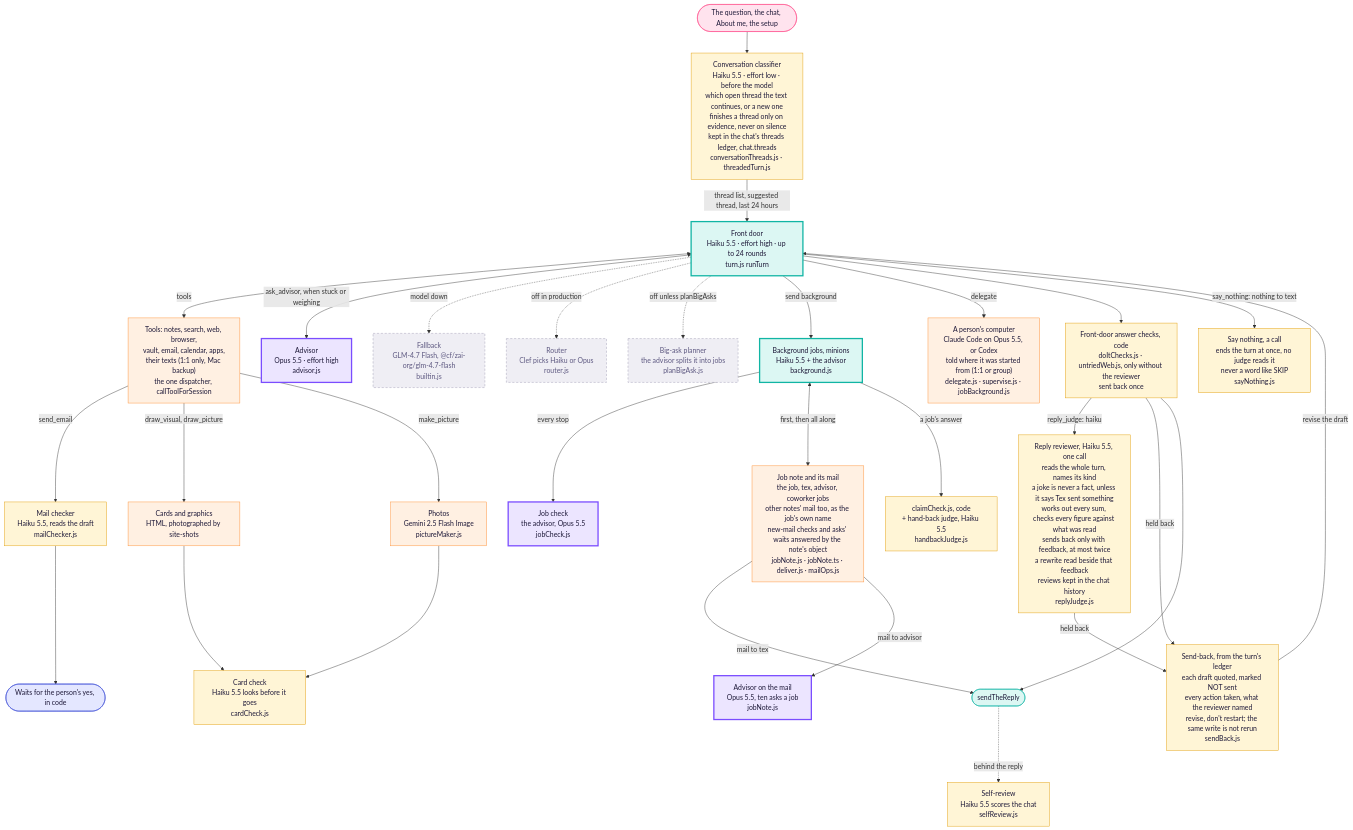
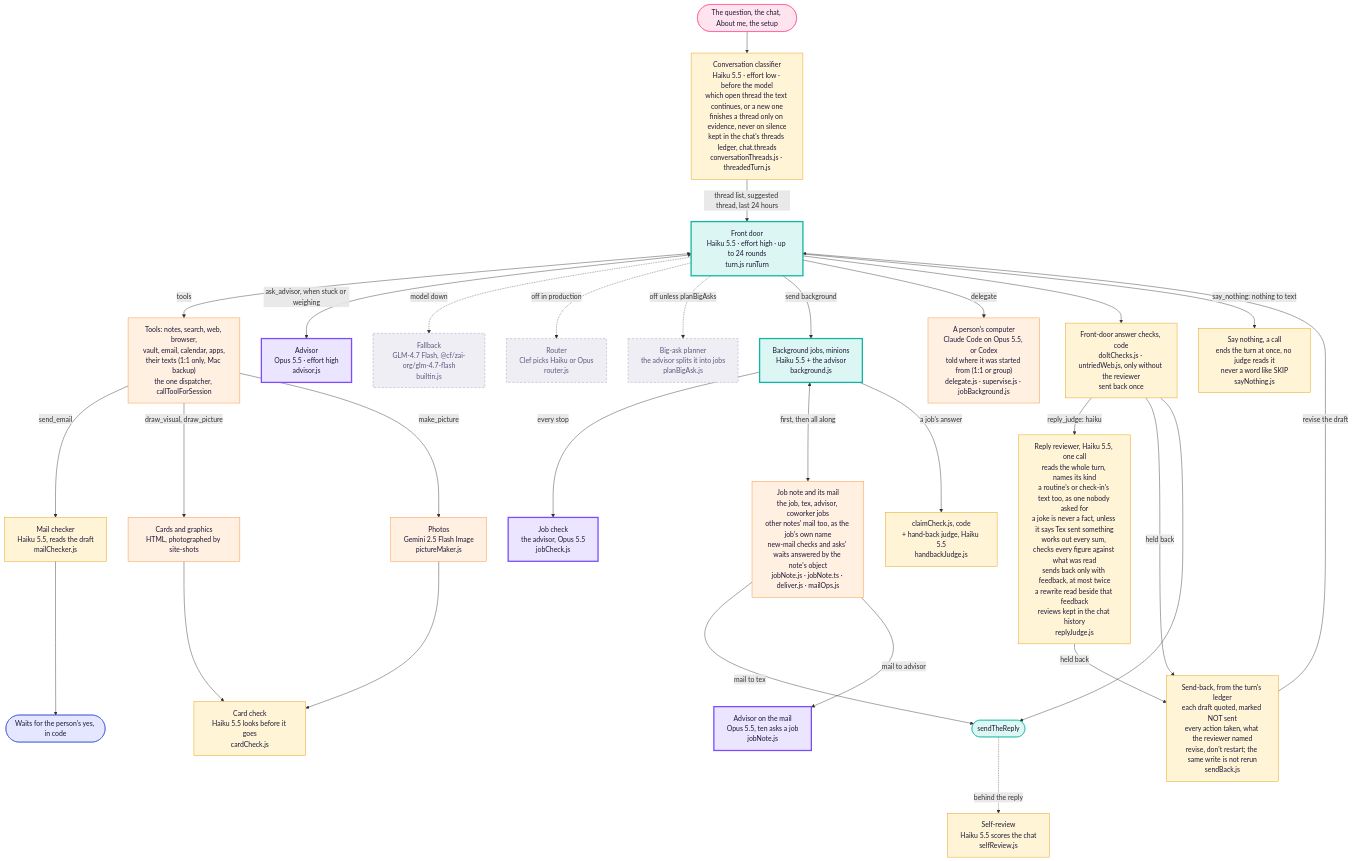
Before and after one commit to Supa-Media/context: the third of 3 diagrams in docs/architecture/tex.md, drawn with Mermaid. The commit also changed other lines of this file and 8 other files, not shown here.

````diff
--- a/docs/architecture/tex.md
+++ b/docs/architecture/tex.md
@@ -112,45 +112,45 @@
 ```mermaid
 flowchart TB
   Q([The question, the chat, About me, the setup]):::you --> CL
   CL["Conversation classifier<br/>Haiku 5.5 · effort low · before the model<br/>which open thread the text continues, or a new one<br/>finishes a thread only on evidence, never on silence<br/>kept in the chat's threads ledger, chat.threads<br/>conversationThreads.js · threadedTurn.js"]:::judge
   CL -->|thread list, suggested thread, last 24 hours| FD
   FD["Front door<br/>Haiku 5.5 · effort high · up to 24 rounds<br/>turn.js runTurn"]:::haiku
   FD <-->|tools| T["Tools: notes, search, web, browser,<br/>vault, email, calendar, apps,<br/>their texts (1:1 only, Mac backup)<br/>the one dispatcher, callToolForSession"]:::tool
   FD <-->|ask_advisor, when stuck or weighing| ADV["Advisor<br/>Opus 5.5 · effort high<br/>advisor.js"]:::opus
   FD -. model down .-> FB["Fallback<br/>GLM-4.7 Flash, @cf/zai-org/glm-4.7-flash<br/>builtin.js"]:::off
   FD -. off in production .-> RT["Router<br/>Clef picks Haiku or Opus<br/>router.js"]:::off
   FD -. off unless planBigAsks .-> PL["Big-ask planner<br/>the advisor splits it into jobs<br/>planBigAsk.js"]:::off
 
   FD -->|send background| JOB["Background jobs, minions<br/>Haiku 5.5 + the advisor<br/>background.js"]:::haiku
   JOB -->|every stop| JC["Job check<br/>the advisor, Opus 5.5<br/>jobCheck.js"]:::opus
   JOB <-->|first, then all along| JN["Job note and its mail<br/>the job, tex, advisor, coworker jobs<br/>other notes' mail too, as the job's own name<br/>new-mail checks and asks' waits answered by the note's object<br/>jobNote.js · jobNote.ts · deliver.js · mailOps.js"]:::tool
   JN -->|mail to tex| SEND
   JN -->|mail to advisor| JNA["Advisor on the mail<br/>Opus 5.5, ten asks a job<br/>jobNote.js"]:::opus
   JOB -->|a job's answer| JCK["claimCheck.js, code<br/>+ hand-back judge, Haiku 5.5<br/>handbackJudge.js"]:::judge
   FD -->|delegate| DL["A person's computer<br/>Claude Code on Opus 5.5, or Codex<br/>told where it was started from (1:1 or group)<br/>delegate.js · supervise.js · jobBackground.js"]:::tool
 
   T -->|send_email| MC["Mail checker<br/>Haiku 5.5, reads the draft<br/>mailChecker.js"]:::judge
   MC --> YES([Waits for the person's yes, in code]):::rail
   T -->|draw_visual, draw_picture| PIC["Cards and graphics<br/>HTML, photographed by site-shots"]:::tool
   T -->|make_picture| IMG["Photos<br/>Gemini 2.5 Flash Image<br/>pictureMaker.js"]:::tool
   PIC --> CC["Card check<br/>Haiku 5.5 looks before it goes<br/>cardCheck.js"]:::judge
   IMG --> CC
 
   FD --> CHK["Front-door answer checks, code<br/>doItChecks.js · untriedWeb.js, only without the reviewer<br/>sent back once"]:::judge
   FD -->|say_nothing: nothing to text| QT["Say nothing, a call<br/>ends the turn at once, no judge reads it<br/>never a word like SKIP<br/>sayNothing.js"]:::judge
-  CHK -->|reply_judge: haiku| RJ["Reply reviewer, Haiku 5.5, one call<br/>reads the whole turn, names its kind<br/>a joke is never a fact, unless it says Tex sent something<br/>works out every sum, checks every figure against what was read<br/>sends back only with feedback, at most twice<br/>a rewrite read beside that feedback<br/>reviews kept in the chat history<br/>replyJudge.js"]:::judge
+  CHK -->|reply_judge: haiku| RJ["Reply reviewer, Haiku 5.5, one call<br/>reads the whole turn, names its kind<br/>a routine's or check-in's text too, as one nobody asked for<br/>a joke is never a fact, unless it says Tex sent something<br/>works out every sum, checks every figure against what was read<br/>sends back only with feedback, at most twice<br/>a rewrite read beside that feedback<br/>reviews kept in the chat history<br/>replyJudge.js"]:::judge
   CHK -->|held back| SB["Send-back, from the turn's ledger<br/>each draft quoted, marked NOT sent<br/>every action taken, what the reviewer named<br/>revise, don't restart; the same write is not rerun<br/>sendBack.js"]:::judge
   RJ -->|held back| SB
   SB -->|revise the draft| FD
   CHK --> SEND([sendTheReply]):::door
   SEND -. behind the reply .-> SR["Self-review<br/>Haiku 5.5 scores the chat<br/>selfReview.js"]:::judge
 
   classDef you fill:#ffe3ee,stroke:#ff4f8b,color:#1d1838
   classDef haiku fill:#dcf7f3,stroke:#11b5a4,stroke-width:3px,color:#1d1838
   classDef opus fill:#ece5ff,stroke:#7b4dff,stroke-width:3px,color:#1d1838
   classDef judge fill:#fff5d6,stroke:#e09a00,color:#1d1838
   classDef tool fill:#fff0e2,stroke:#ff8a2a,color:#1d1838
   classDef rail fill:#e4e7ff,stroke:#3c4bd6,color:#1d1838
   classDef door fill:#dcf7f3,stroke:#11b5a4,color:#1d1838
   classDef off fill:#efeef4,stroke:#9a97b0,stroke-dasharray:5 4,color:#5d5880
 ```
````
